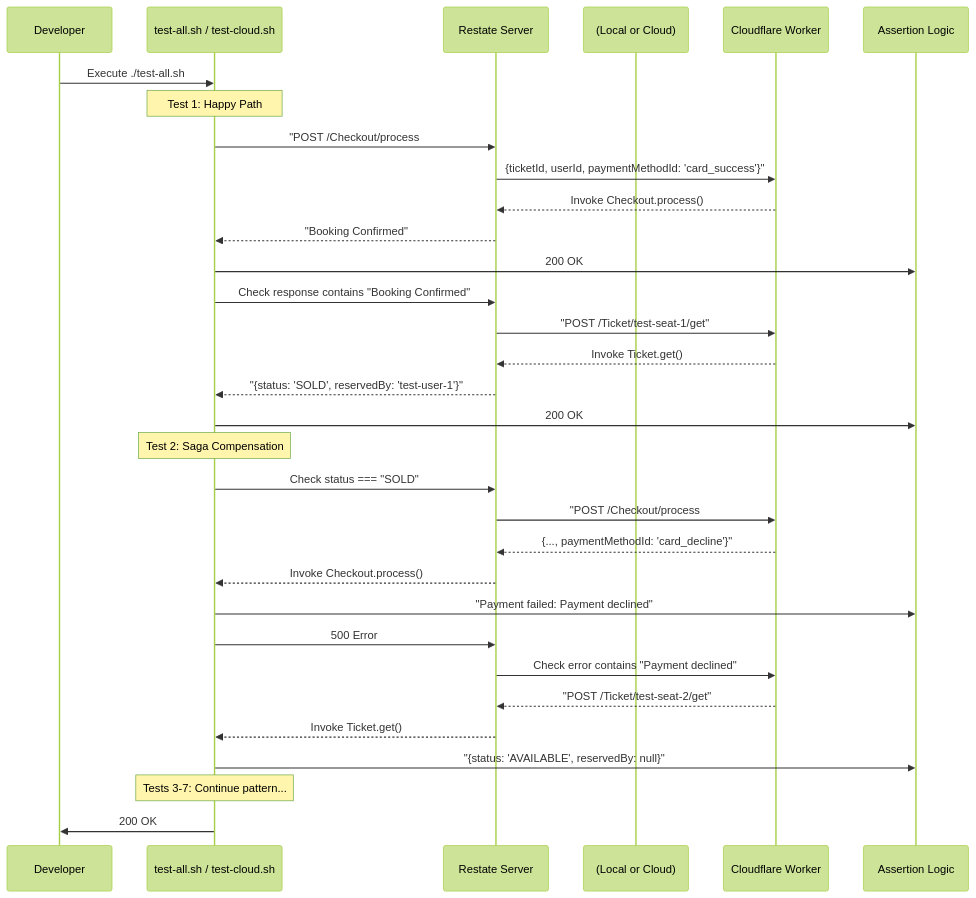
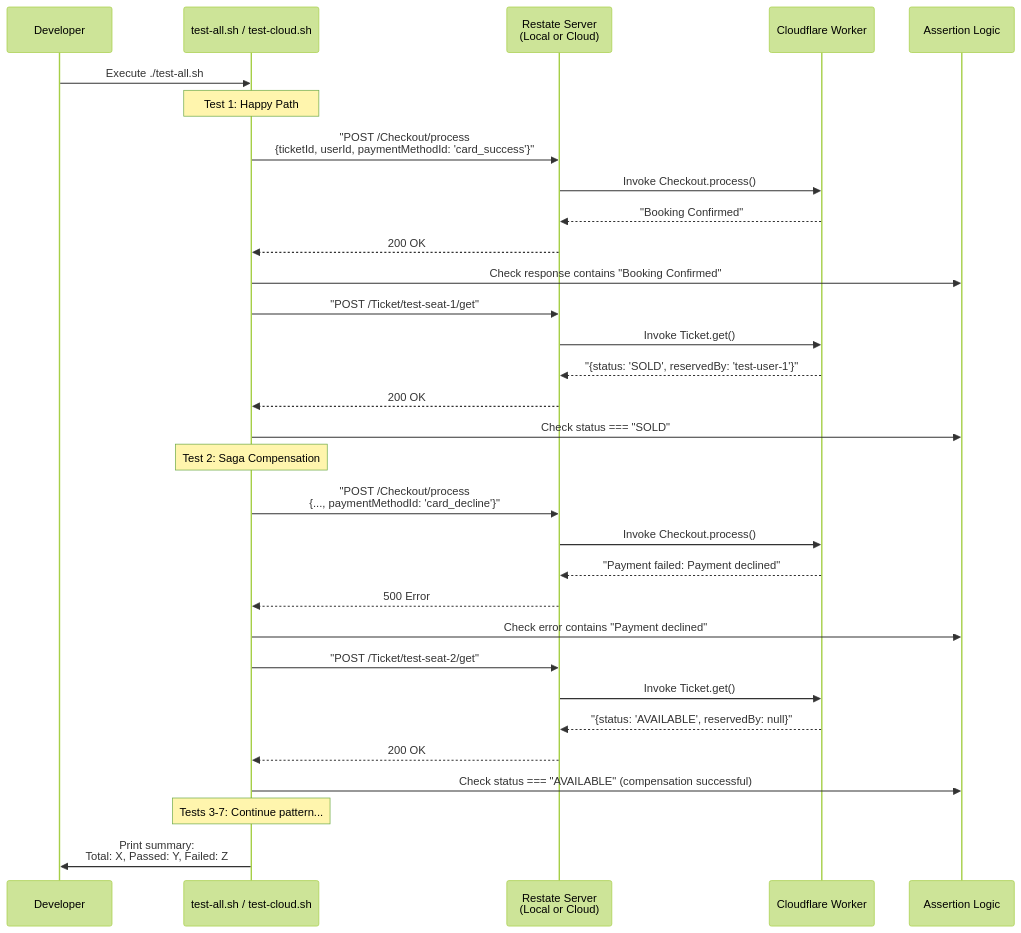
One commit to philipz/restate-cloudflare-workers-poc changed the third of 5 diagrams in docs/deepwiki/Testing-Strategy.md. Above: the diagram before and after it, drawn with Mermaid (forest theme). The commit also changed other lines of this file and 18 other files, not shown here.

Commit message:
refactor: standardize mermaid diagram participant syntax across documentation files

````diff
--- a/docs/deepwiki/Testing-Strategy.md
+++ b/docs/deepwiki/Testing-Strategy.md
@@ -176,35 +176,34 @@
 ```mermaid
 sequenceDiagram
-  participant Developer
-  participant test-all.sh / test-cloud.sh
-  participant Restate Server
-  participant (Local or Cloud)
-  participant Cloudflare Worker
-  participant Assertion Logic
+  participant p1 as Developer
+  participant p2 as test-all.sh / test-cloud.sh
+  participant p3 as Restate Server<br/>(Local or Cloud)
+  participant p4 as Cloudflare Worker
+  participant p5 as Assertion Logic
 
-  Developer->>test-all.sh / test-cloud.sh: Execute ./test-all.sh
-  note over test-all.sh / test-cloud.sh: Test 1: Happy Path
-  test-all.sh / test-cloud.sh->>Restate Server: "POST /Checkout/process
-  Restate Server->>Cloudflare Worker: {ticketId, userId, paymentMethodId: 'card_success'}"
-  Cloudflare Worker-->>Restate Server: Invoke Checkout.process()
-  Restate Server-->>test-all.sh / test-cloud.sh: "Booking Confirmed"
-  test-all.sh / test-cloud.sh->>Assertion Logic: 200 OK
-  test-all.sh / test-cloud.sh->>Restate Server: Check response contains "Booking Confirmed"
-  Restate Server->>Cloudflare Worker: "POST /Ticket/test-seat-1/get"
-  Cloudflare Worker-->>Restate Server: Invoke Ticket.get()
-  Restate Server-->>test-all.sh / test-cloud.sh: "{status: 'SOLD', reservedBy: 'test-user-1'}"
-  test-all.sh / test-cloud.sh->>Assertion Logic: 200 OK
-  note over test-all.sh / test-cloud.sh: Test 2: Saga Compensation
-  test-all.sh / test-cloud.sh->>Restate Server: Check status === "SOLD"
-  Restate Server->>Cloudflare Worker: "POST /Checkout/process
-  Cloudflare Worker-->>Restate Server: {..., paymentMethodId: 'card_decline'}"
-  Restate Server-->>test-all.sh / test-cloud.sh: Invoke Checkout.process()
-  test-all.sh / test-cloud.sh->>Assertion Logic: "Payment failed: Payment declined"
-  test-all.sh / test-cloud.sh->>Restate Server: 500 Error
-  Restate Server->>Cloudflare Worker: Check error contains "Payment declined"
-  Cloudflare Worker-->>Restate Server: "POST /Ticket/test-seat-2/get"
-  Restate Server-->>test-all.sh / test-cloud.sh: Invoke Ticket.get()
-  test-all.sh / test-cloud.sh->>Assertion Logic: "{status: 'AVAILABLE', reservedBy: null}"
-  note over test-all.sh / test-cloud.sh: Tests 3-7: Continue pattern...
-  test-all.sh / test-cloud.sh->>Developer: 200 OK
+  p1->>p2: Execute ./test-all.sh
+  note over p2: Test 1: Happy Path
+  p2->>p3: "POST /Checkout/process<br/>{ticketId, userId, paymentMethodId: 'card_success'}"
+  p3->>p4: Invoke Checkout.process()
+  p4-->>p3: "Booking Confirmed"
+  p3-->>p2: 200 OK
+  p2->>p5: Check response contains "Booking Confirmed"
+  p2->>p3: "POST /Ticket/test-seat-1/get"
+  p3->>p4: Invoke Ticket.get()
+  p4-->>p3: "{status: 'SOLD', reservedBy: 'test-user-1'}"
+  p3-->>p2: 200 OK
+  p2->>p5: Check status === "SOLD"
+  note over p2: Test 2: Saga Compensation
+  p2->>p3: "POST /Checkout/process<br/>{..., paymentMethodId: 'card_decline'}"
+  p3->>p4: Invoke Checkout.process()
+  p4-->>p3: "Payment failed: Payment declined"
+  p3-->>p2: 500 Error
+  p2->>p5: Check error contains "Payment declined"
+  p2->>p3: "POST /Ticket/test-seat-2/get"
+  p3->>p4: Invoke Ticket.get()
+  p4-->>p3: "{status: 'AVAILABLE', reservedBy: null}"
+  p3-->>p2: 200 OK
+  p2->>p5: Check status === "AVAILABLE" (compensation successful)
+  note over p2: Tests 3-7: Continue pattern...
+  p2->>p1: Print summary:<br/>Total: X, Passed: Y, Failed: Z
 ```
````
